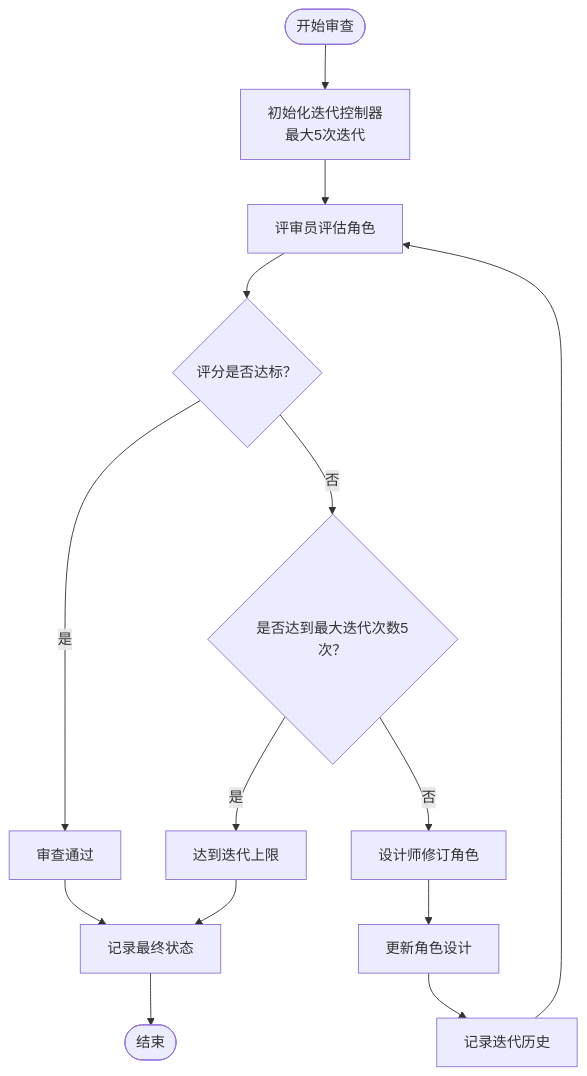
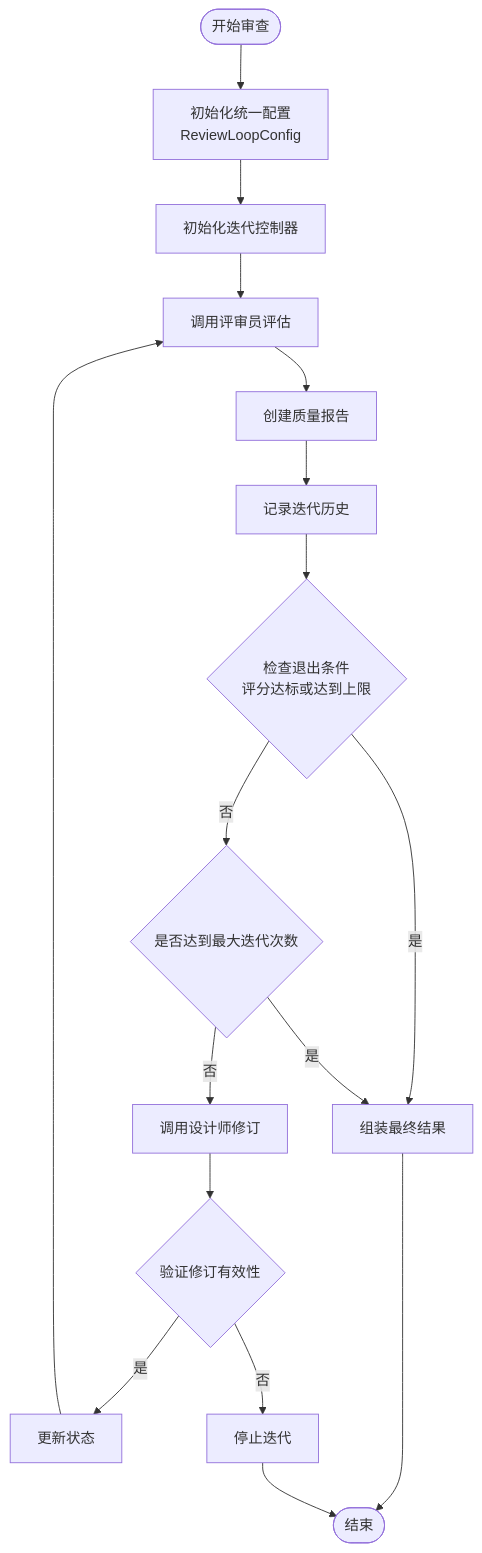
The fourth of 9 diagrams in .qoder/repowiki/zh/content/AI智能体系统/角色审查处理器.md (xfbyxq/ai-novel-system), drawn with Mermaid before and after one commit. The commit also changed other lines of this file and 84 other files, not shown here.

````diff
--- a/.qoder/repowiki/zh/content/AI智能体系统/角色审查处理器.md
+++ b/.qoder/repowiki/zh/content/AI智能体系统/角色审查处理器.md
@@ -245,16 +210,19 @@
 ```mermaid
 flowchart TD
-Start([开始审查]) --> InitController["初始化迭代控制器<br/>最大5次迭代"]
-InitController --> Evaluate["评审员评估角色"]
-Evaluate --> CheckScore{"评分是否达标？"}
-CheckScore --> |是| Success["审查通过"]
-CheckScore --> |否| CheckLimit{"是否达到最大迭代次数5次？"}
-CheckLimit --> |是| Fail["达到迭代上限"]
-CheckLimit --> |否| Revise["设计师修订角色"]
-Revise --> UpdateCharacters["更新角色设计"]
-UpdateCharacters --> LogIteration["记录迭代历史"]
-LogIteration --> Evaluate
-Success --> RecordFinal["记录最终状态"]
-RecordFinal --> End([结束])
-Fail --> RecordFinal
+Start([开始审查]) --> InitConfig["初始化统一配置<br/>ReviewLoopConfig"]
+InitConfig --> InitController["初始化迭代控制器"]
+InitController --> Evaluate["调用评审员评估"]
+Evaluate --> CreateReport["创建质量报告"]
+CreateReport --> RecordIteration["记录迭代历史"]
+RecordIteration --> CheckExit{"检查退出条件<br/>评分达标或达到上限"}
+CheckExit --> |是| Finalize["组装最终结果"]
+CheckExit --> |否| CheckLimit{"是否达到最大迭代次数"}
+CheckLimit --> |是| Finalize
+CheckLimit --> |否| Revise["调用设计师修订"]
+Revise --> ValidateRevision{"验证修订有效性"}
+ValidateRevision --> |是| UpdateState["更新状态"]
+ValidateRevision --> |否| Stop["停止迭代"]
+UpdateState --> Evaluate
+Finalize --> End([结束])
+Stop --> End
 ```
````
